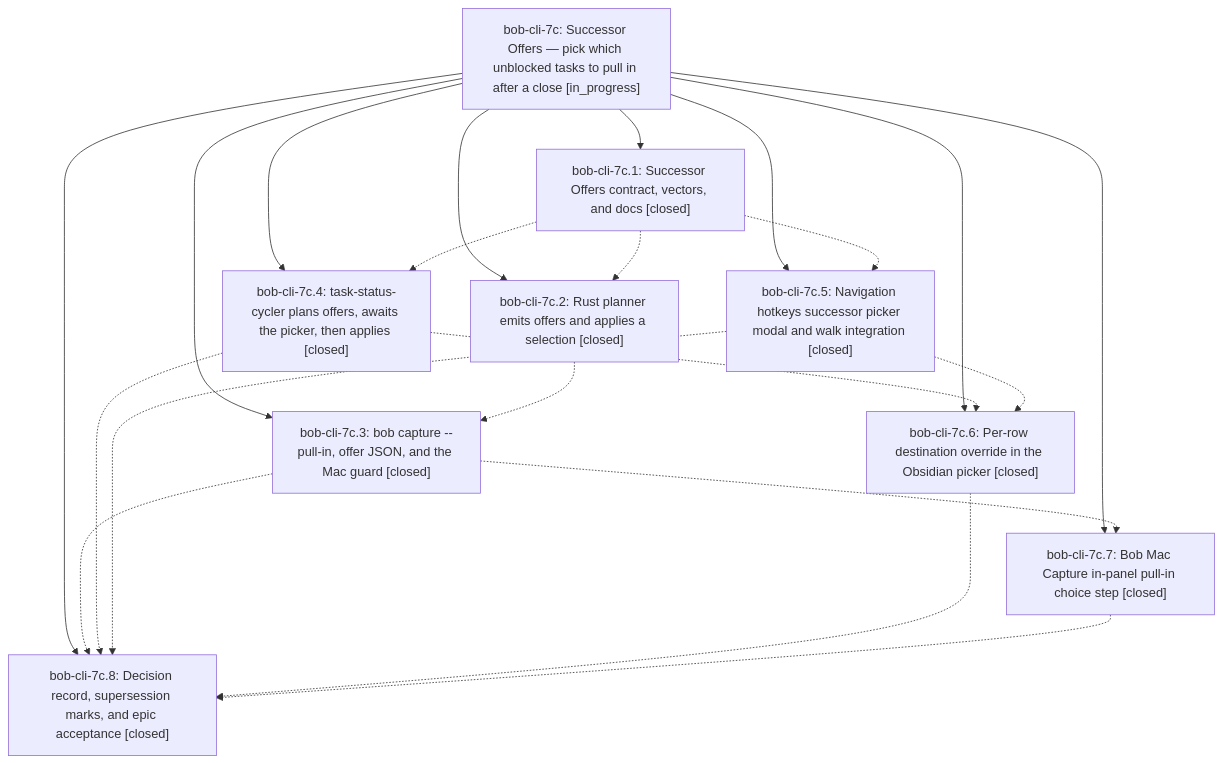
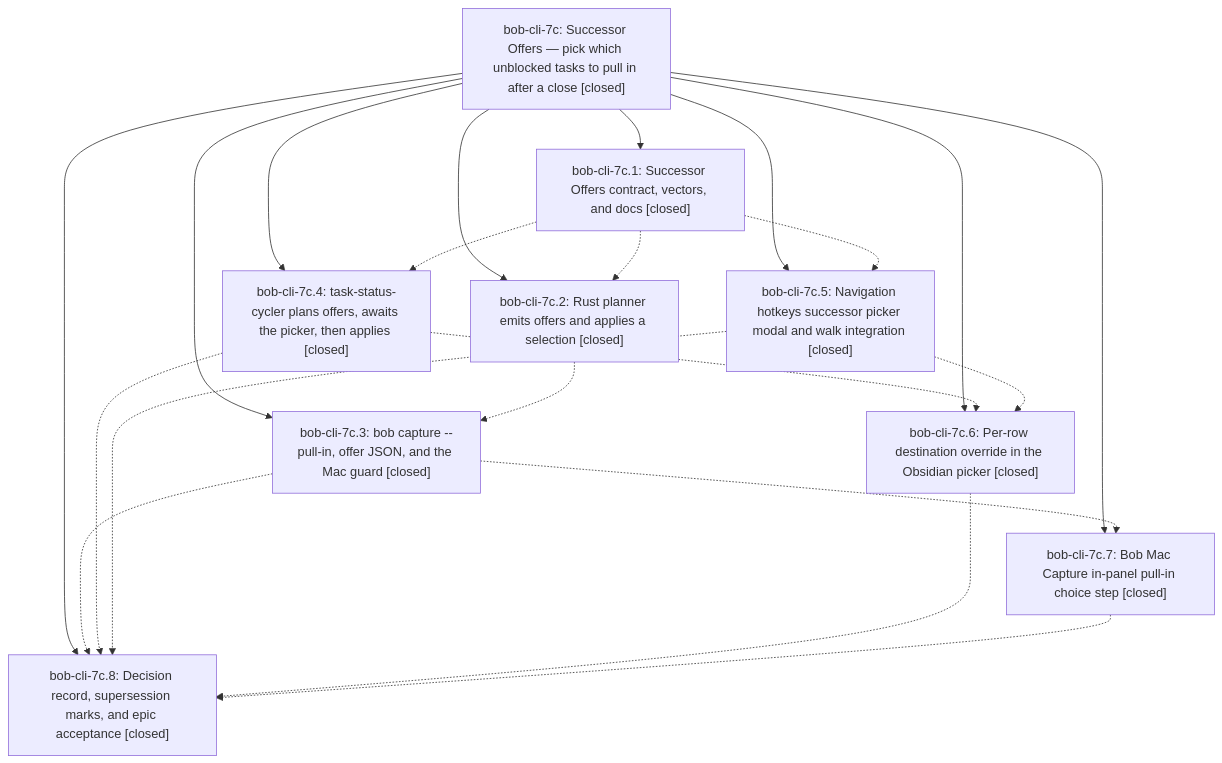
One commit to bobs-org/bob-cli--beads changed the diagram in pages/bob-cli-7c/README.md. Above: the diagram before and after it, drawn with Mermaid. The commit also changed other lines of this file and 1 other file, not shown here.

First line of the commit message:
chore(beads): sync bead state and pages for bob-cli-7c

````diff
--- a/pages/bob-cli-7c/README.md
+++ b/pages/bob-cli-7c/README.md
@@ -49,32 +74,32 @@
 ```mermaid
 flowchart TD
-    n0["bob-cli-7c: Successor Offers — pick which unblocked tasks to pull in after a close [in_progress]"]
+    n0["bob-cli-7c: Successor Offers — pick which unblocked tasks to pull in after a close [closed]"]
     n1["bob-cli-7c.1: Successor Offers contract, vectors, and docs [closed]"]
     n2["bob-cli-7c.2: Rust planner emits offers and applies a selection [closed]"]
     n3["bob-cli-7c.3: bob capture --pull-in, offer JSON, and the Mac guard [closed]"]
     n4["bob-cli-7c.4: task-status-cycler plans offers, awaits the picker, then applies [closed]"]
     n5["bob-cli-7c.5: Navigation hotkeys successor picker modal and walk integration [closed]"]
     n6["bob-cli-7c.6: Per-row destination override in the Obsidian picker [closed]"]
     n7["bob-cli-7c.7: Bob Mac Capture in-panel pull-in choice step [closed]"]
     n8["bob-cli-7c.8: Decision record, supersession marks, and epic acceptance [closed]"]
     n0 --> n1
     n0 --> n2
     n0 --> n3
     n0 --> n4
     n0 --> n5
     n0 --> n6
     n0 --> n7
     n0 --> n8
     n1 -.-> n2
     n1 -.-> n4
     n1 -.-> n5
     n2 -.-> n3
     n3 -.-> n7
     n3 -.-> n8
     n4 -.-> n6
     n4 -.-> n8
     n5 -.-> n6
     n5 -.-> n8
     n6 -.-> n8
     n7 -.-> n8
 ```
````
